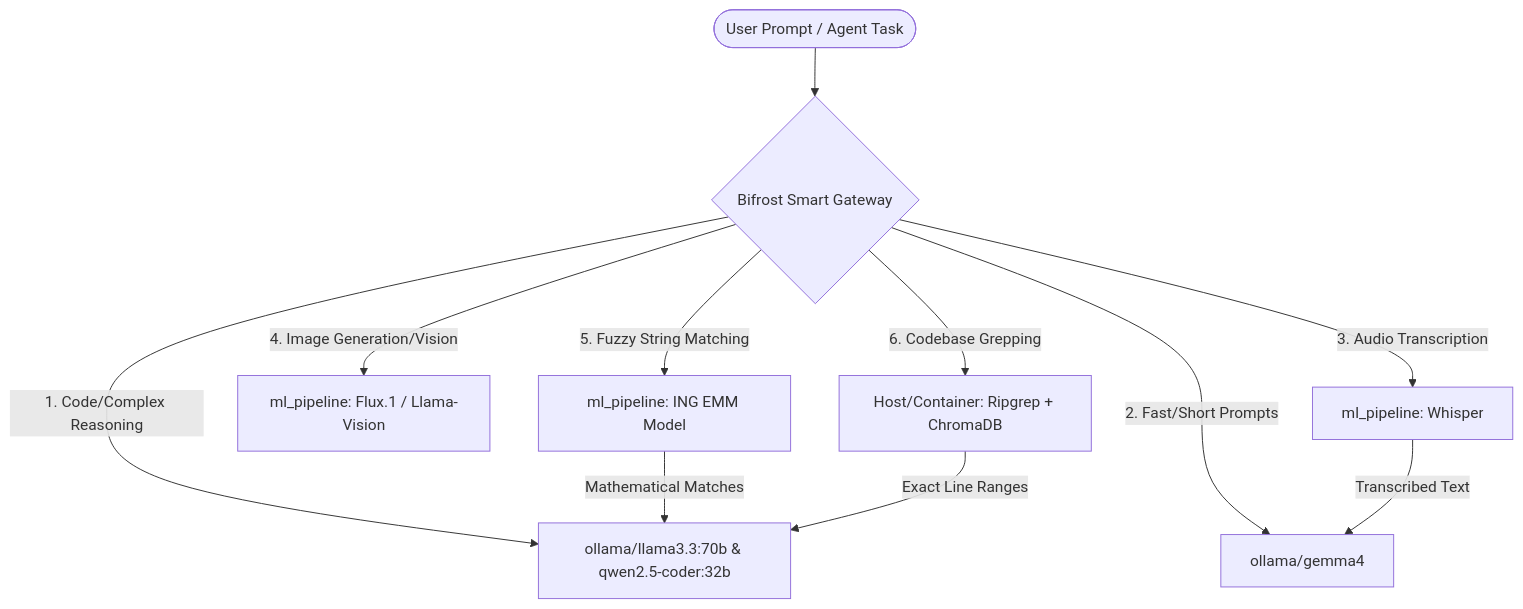
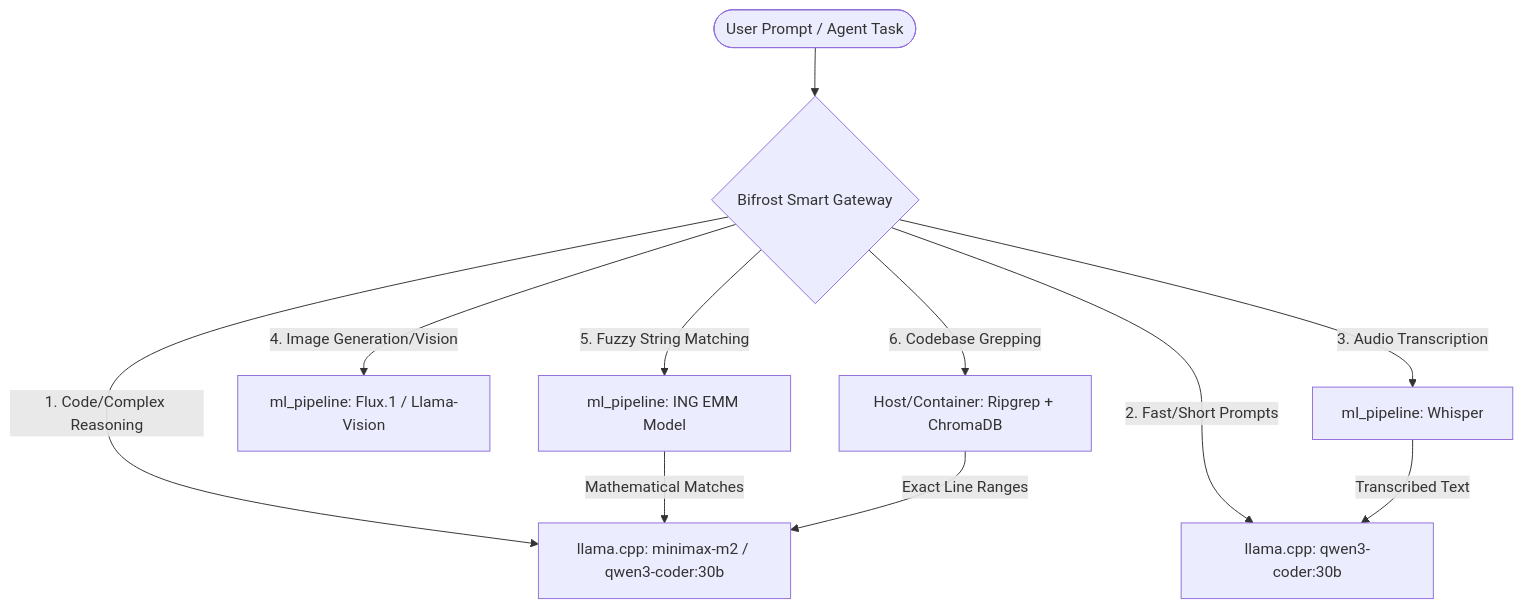
Before and after one commit to lariocpt/lario-llms: the diagram in ARCHITECTURAL_MASTER_PLAN.md, drawn with Mermaid. The commit also changed other lines of this file and 12 other files, not shown here.

First line of the commit message:
feat: migrate LLM backend from Ollama to llama.cpp + llama-swap

````diff
--- a/ARCHITECTURAL_MASTER_PLAN.md
+++ b/ARCHITECTURAL_MASTER_PLAN.md
@@ -11,17 +11,17 @@
 ```mermaid
 graph TD
     User([User Prompt / Agent Task]) --> Router{Bifrost Smart Gateway}
     
     %% Task Classification
-    Router -->|1. Code/Complex Reasoning| Apex[ollama/llama3.3:70b & qwen2.5-coder:32b]
-    Router -->|2. Fast/Short Prompts| Gemma[ollama/gemma4]
+    Router -->|1. Code/Complex Reasoning| Apex[llama.cpp: minimax-m2 / qwen3-coder:30b]
+    Router -->|2. Fast/Short Prompts| Gemma[llama.cpp: qwen3-coder:30b]
     Router -->|3. Audio Transcription| Whisper[ml_pipeline: Whisper]
     Router -->|4. Image Generation/Vision| Flux[ml_pipeline: Flux.1 / Llama-Vision]
     Router -->|5. Fuzzy String Matching| EMM[ml_pipeline: ING EMM Model]
     Router -->|6. Codebase Grepping| Ripgrep[Host/Container: Ripgrep + ChromaDB]
 
     %% Feedback loop
     Whisper -->|Transcribed Text| Gemma
     EMM -->|Mathematical Matches| Apex
     Ripgrep -->|Exact Line Ranges| Apex
 ```
````
